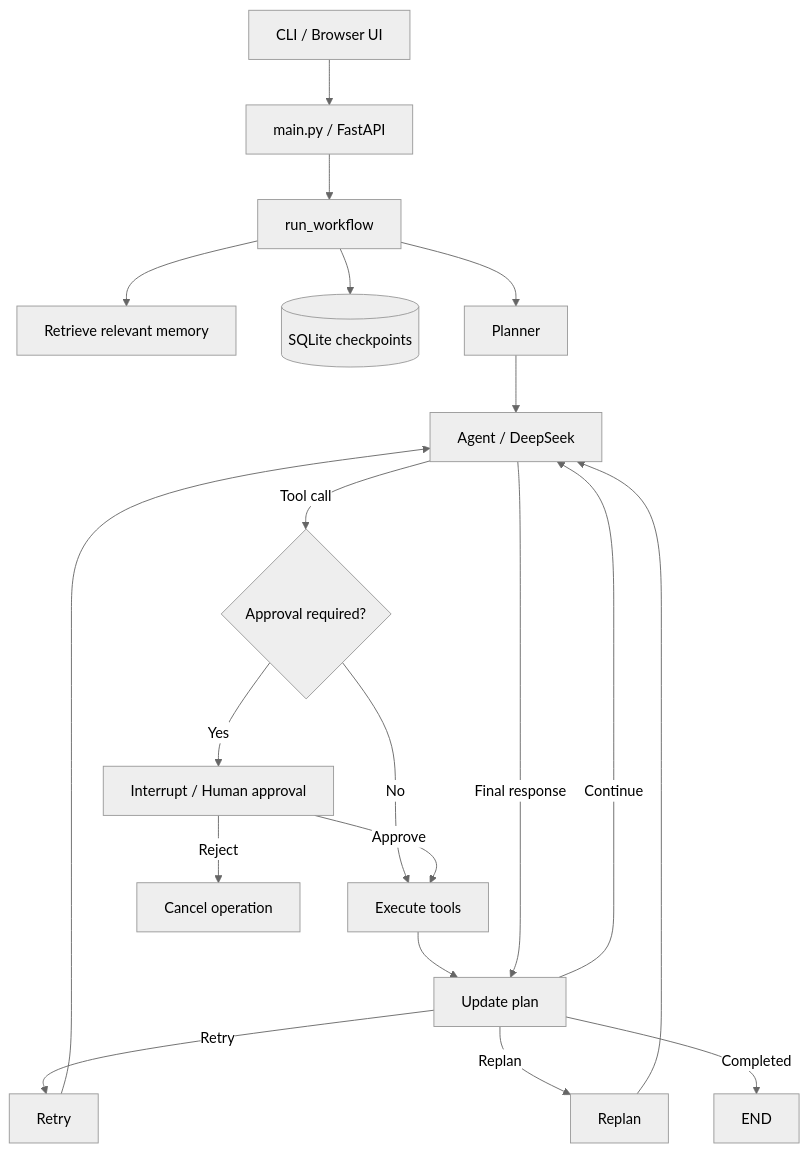
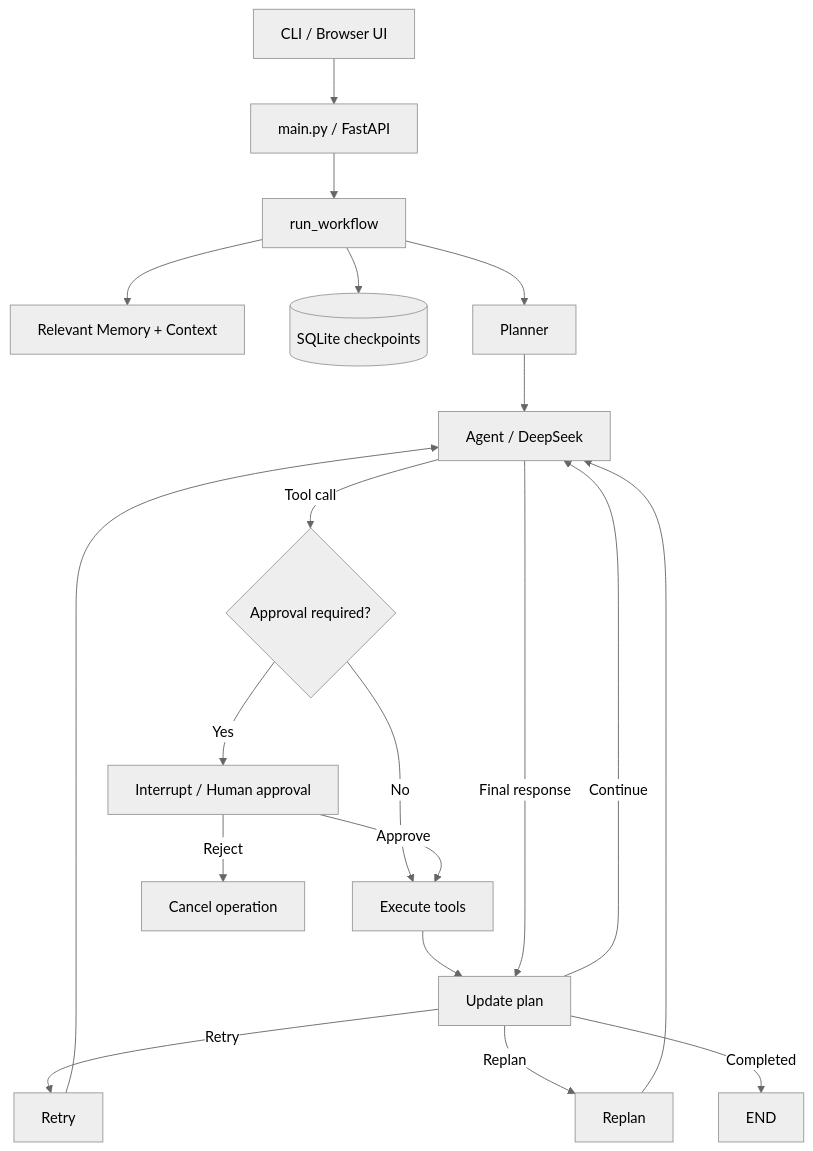
The diagram in README.md (LarsG33/agent_project), drawn with Mermaid (neutral theme) before and after one commit. The commit also changed other lines of this file, not shown here.

First line of the commit message:
Revise README with flowchart updates and content removal

````diff
--- a/README.md
+++ b/README.md
@@ -23,22 +23,22 @@
 ```mermaid
 flowchart TD
     UI[CLI / Browser UI] --> API[main.py / FastAPI]
     API --> W[run_workflow]
-    W --> MEM[Retrieve relevant memory]
+    W --> MEM[Relevant Memory + Context]
     W --> CP[(SQLite checkpoints)]
     W --> P[Planner]
     P --> A[Agent / DeepSeek]
     A -->|Tool call| ROUTE{Approval required?}
     ROUTE -->|No| T[Execute tools]
     ROUTE -->|Yes| AP[Interrupt / Human approval]
     AP -->|Approve| T
     AP -->|Reject| CANCEL[Cancel operation]
     T --> U[Update plan]
     A -->|Final response| U
     U -->|Continue| A
     U -->|Retry| RETRY[Retry]
     RETRY --> A
     U -->|Replan| REPLAN[Replan]
     REPLAN --> A
     U -->|Completed| END[END]
 ```
````
